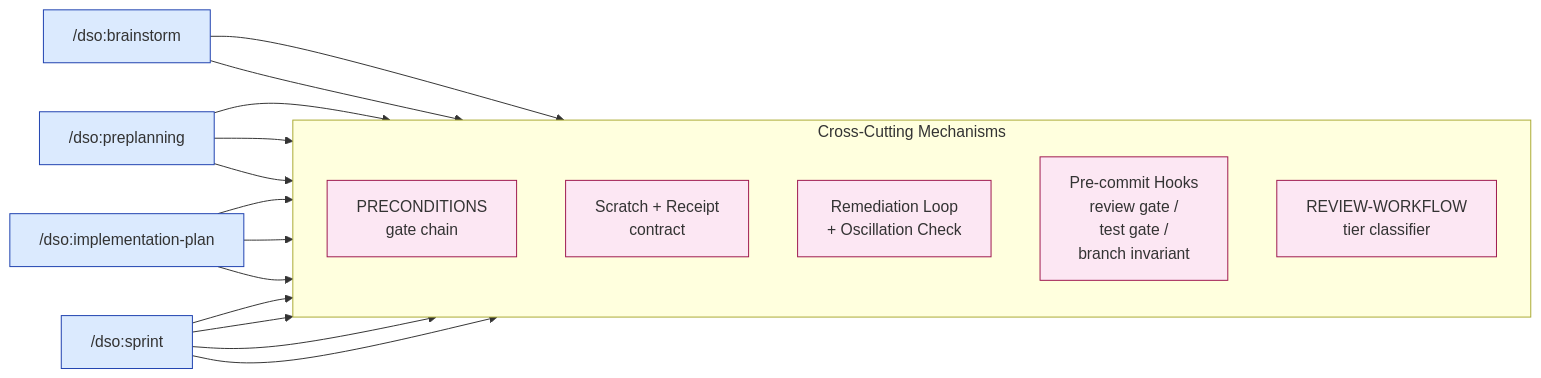
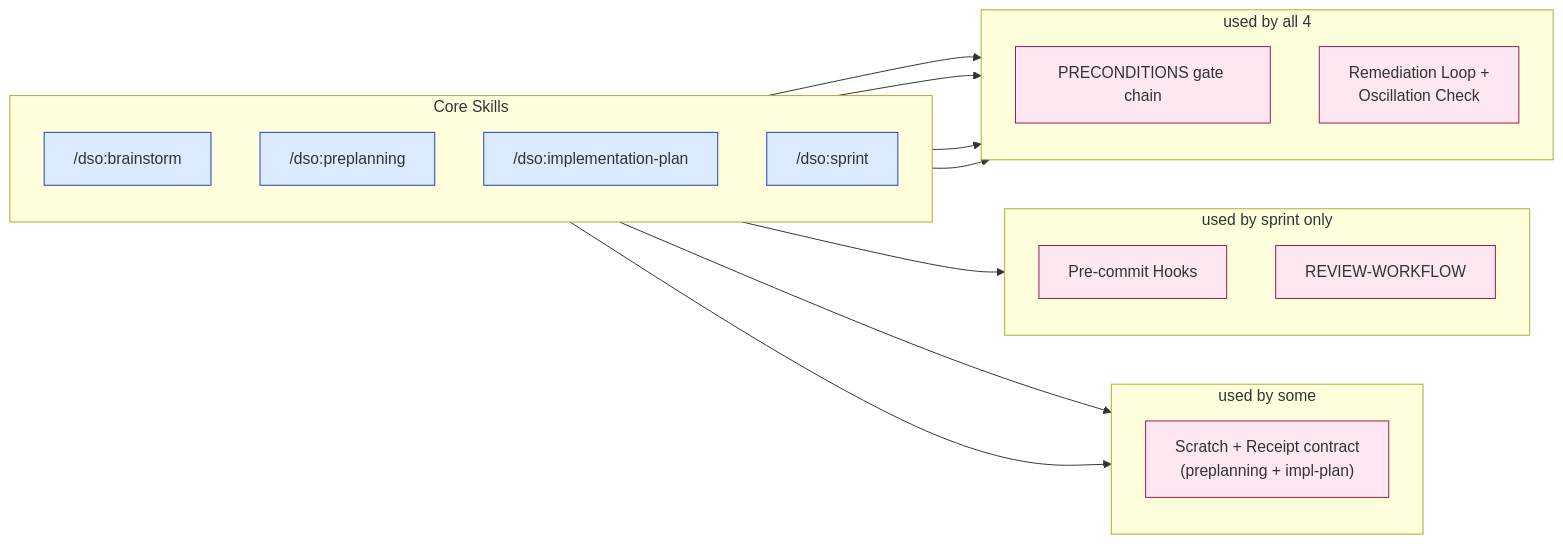
One commit to navapbc/digital-service-orchestra changed the diagram in docs/architecture/diagrams/09-cross-cutting-concerns.mmd. Above: the diagram before and after it, drawn with Mermaid. The commit also changed 37 other files, not shown here.

```diff
--- a/docs/architecture/diagrams/09-cross-cutting-concerns.mmd
+++ b/docs/architecture/diagrams/09-cross-cutting-concerns.mmd
@@ -1,30 +1,38 @@
 flowchart LR
-  subgraph cross["Cross-Cutting Mechanisms"]
+  subgraph skills["Core Skills"]
     direction TB
-    prec[PRECONDITIONS<br/>gate chain]
-    scratch[Scratch + Receipt<br/>contract]
-    remed[Remediation Loop<br/>+ Oscillation Check]
-    hooks[Pre-commit Hooks<br/>review gate /<br/>test gate /<br/>branch invariant]
-    review[REVIEW-WORKFLOW<br/>tier classifier]
+    sk1["/dso:brainstorm"]
+    sk2["/dso:preplanning"]
+    sk3["/dso:implementation-plan"]
+    sk4["/dso:sprint"]
   end
 
-  brainstorm["/dso:brainstorm"] --> prec
-  preplanning["/dso:preplanning"] --> prec
-  implplan["/dso:implementation-plan"] --> prec
-  sprint["/dso:sprint"] --> prec
+  subgraph all4["used by all 4"]
+    direction TB
+    prec[PRECONDITIONS gate chain]
+    remed[Remediation Loop +<br/>Oscillation Check]
+  end
 
-  preplanning --> scratch
-  implplan --> scratch
+  subgraph some["used by some"]
+    direction TB
+    scratch["Scratch + Receipt contract<br/>(preplanning + impl-plan)"]
+  end
 
-  brainstorm --> remed
-  preplanning --> remed
-  implplan --> remed
-  sprint --> remed
+  subgraph sprintonly["used by sprint only"]
+    direction TB
+    hooks[Pre-commit Hooks]
+    review[REVIEW-WORKFLOW]
+  end
 
-  sprint --> hooks
-  sprint --> review
+  sk1 --> all4
+  sk2 --> all4
+  sk3 --> all4
+  sk4 --> all4
+  sk2 --> scratch
+  sk3 --> scratch
+  sk4 --> sprintonly
 
   classDef skill fill:#dbeafe,stroke:#1e40af
   classDef cross fill:#fce7f3,stroke:#9d174d
-  class brainstorm,preplanning,implplan,sprint skill
+  class sk1,sk2,sk3,sk4 skill
   class prec,scratch,remed,hooks,review cross
```
